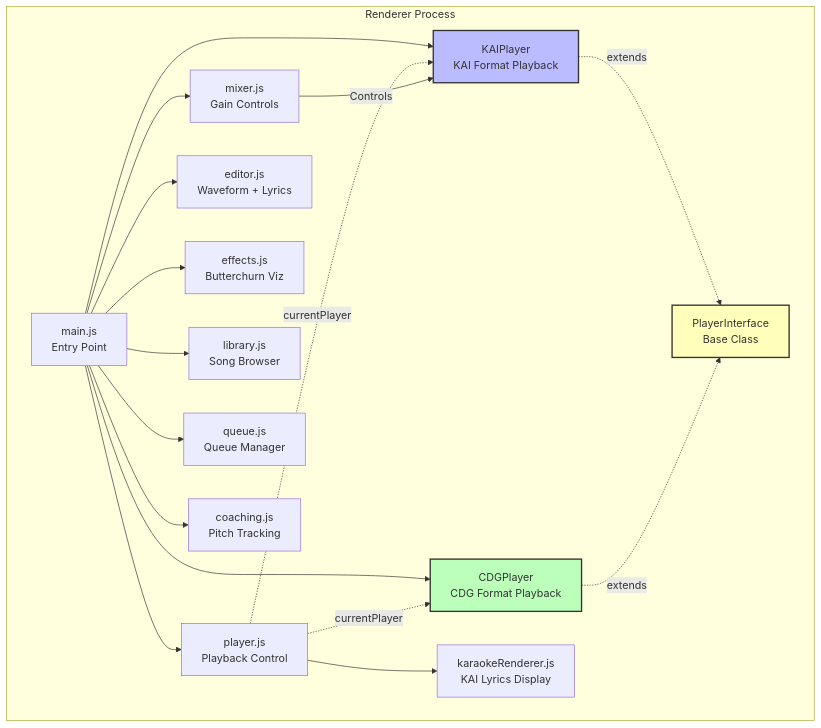
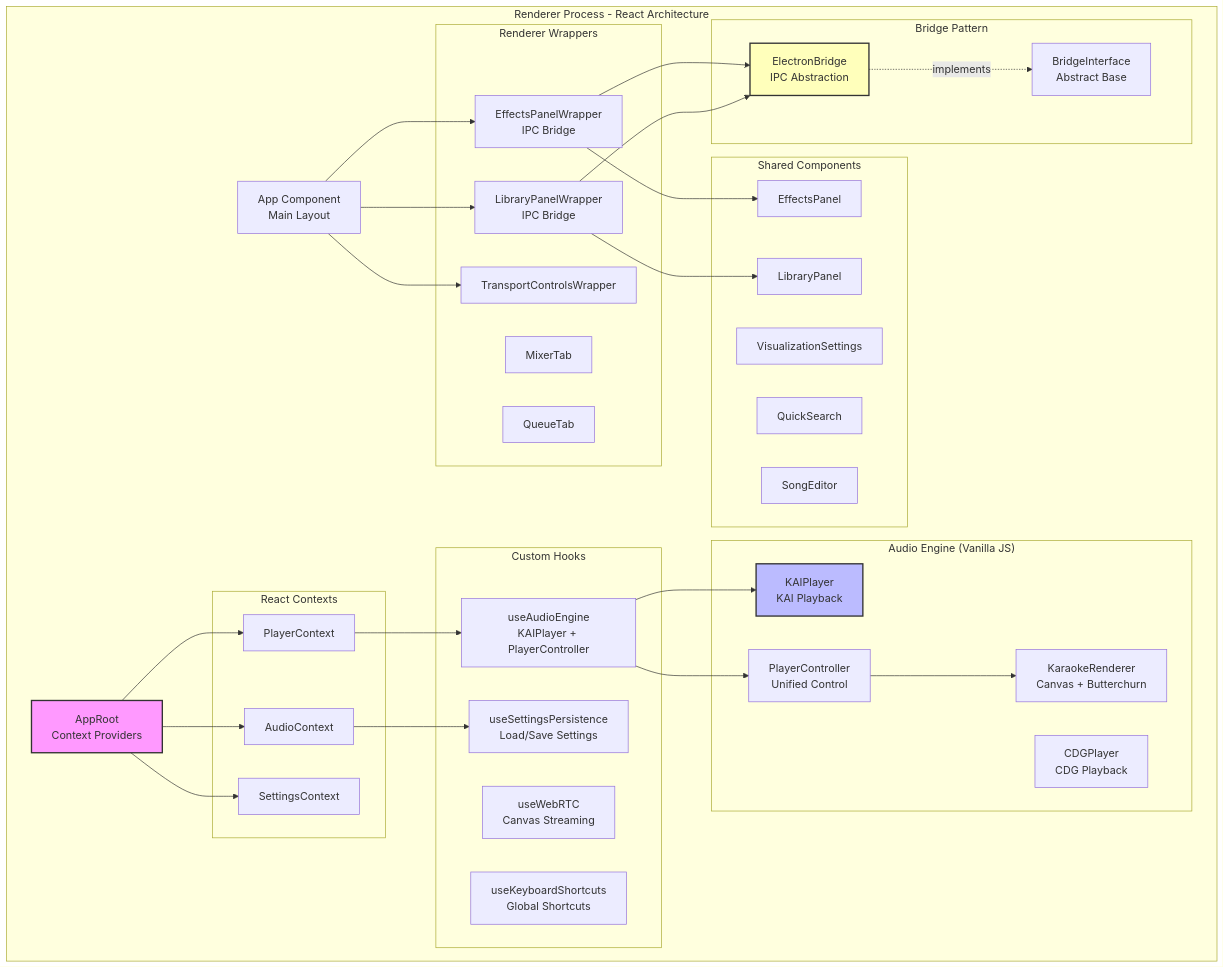
One commit to monteslu/loukai changed the third of 10 diagrams in docs/architecture.md. Above: the diagram before and after it, drawn with Mermaid. The commit also changed other lines of this file and 50 other files, not shown here.

````diff
--- a/docs/architecture.md
+++ b/docs/architecture.md
@@ -90,38 +90,75 @@
 ```mermaid
 graph TB
-    subgraph "Renderer Process"
-        Main[main.js<br/>Entry Point]
-        KAIPlayer[KAIPlayer<br/>KAI Format Playback]
-        CDGPlayer[CDGPlayer<br/>CDG Format Playback]
-        Player[player.js<br/>Playback Control]
-        Mixer[mixer.js<br/>Gain Controls]
-        Editor[editor.js<br/>Waveform + Lyrics]
-        Effects[effects.js<br/>Butterchurn Viz]
-        Library[library.js<br/>Song Browser]
-        Queue[queue.js<br/>Queue Manager]
-        Coaching[coaching.js<br/>Pitch Tracking]
-        KaraokeRender[karaokeRenderer.js<br/>KAI Lyrics Display]
-        PlayerInterface[PlayerInterface<br/>Base Class]
+    subgraph "Renderer Process - React Architecture"
+        Root[AppRoot<br/>Context Providers]
+        App[App Component<br/>Main Layout]
+
+        subgraph "React Contexts"
+            PlayerCtx[PlayerContext]
+            AudioCtx[AudioContext]
+            SettingsCtx[SettingsContext]
+        end
+
+        subgraph "Custom Hooks"
+            AudioEngine[useAudioEngine<br/>KAIPlayer + PlayerController]
+            Settings[useSettingsPersistence<br/>Load/Save Settings]
+            WebRTC[useWebRTC<br/>Canvas Streaming]
+            Keyboard[useKeyboardShortcuts<br/>Global Shortcuts]
+        end
+
+        subgraph "Shared Components"
+            Library[LibraryPanel]
+            Effects[EffectsPanel]
+            VizSettings[VisualizationSettings]
+            QuickSearch[QuickSearch]
+            SongEditor[SongEditor]
+        end
+
+        subgraph "Renderer Wrappers"
+            EffectsWrapper[EffectsPanelWrapper<br/>IPC Bridge]
+            LibraryWrapper[LibraryPanelWrapper<br/>IPC Bridge]
+            TransportWrapper[TransportControlsWrapper]
+            MixerTab[MixerTab]
+            QueueTab[QueueTab]
+        end
+
+        subgraph "Audio Engine (Vanilla JS)"
+            KAIPlayer[KAIPlayer<br/>KAI Playback]
+            CDGPlayer[CDGPlayer<br/>CDG Playback]
+            PlayerController[PlayerController<br/>Unified Control]
+            KaraokeRenderer[KaraokeRenderer<br/>Canvas + Butterchurn]
+        end
+
+        subgraph "Bridge Pattern"
+            ElectronBridge[ElectronBridge<br/>IPC Abstraction]
+            BridgeInterface[BridgeInterface<br/>Abstract Base]
+        end
     end
 
-    Main --> KAIPlayer
-    Main --> CDGPlayer
-    Main --> Player
-    Main --> Mixer
-    Main --> Editor
-    Main --> Effects
-    Main --> Library
-    Main --> Queue
-    Main --> Coaching
-    Player --> KaraokeRender
-    Player -.currentPlayer.-> KAIPlayer
-    Player -.currentPlayer.-> CDGPlayer
-    KAIPlayer -.extends.-> PlayerInterface
-    CDGPlayer -.extends.-> PlayerInterface
+    Root --> PlayerCtx
+    Root --> AudioCtx
+    Root --> SettingsCtx
 
-    Mixer -->|Controls| KAIPlayer
+    PlayerCtx --> AudioEngine
+    AudioCtx --> Settings
 
+    AudioEngine --> KAIPlayer
+    AudioEngine --> PlayerController
+    PlayerController --> KaraokeRenderer
+
+    App --> EffectsWrapper
+    App --> LibraryWrapper
+    App --> TransportWrapper
+
+    EffectsWrapper --> Effects
+    LibraryWrapper --> Library
+
+    EffectsWrapper --> ElectronBridge
+    LibraryWrapper --> ElectronBridge
+
+    ElectronBridge -.implements.-> BridgeInterface
+
+    style Root fill:#f9f,stroke:#333,stroke-width:2px
     style KAIPlayer fill:#bbf,stroke:#333,stroke-width:2px
-    style CDGPlayer fill:#bfb,stroke:#333,stroke-width:2px
-    style PlayerInterface fill:#ffb,stroke:#333,stroke-width:2px
+    style ElectronBridge fill:#ffb,stroke:#333,stroke-width:2px
 ```
````
